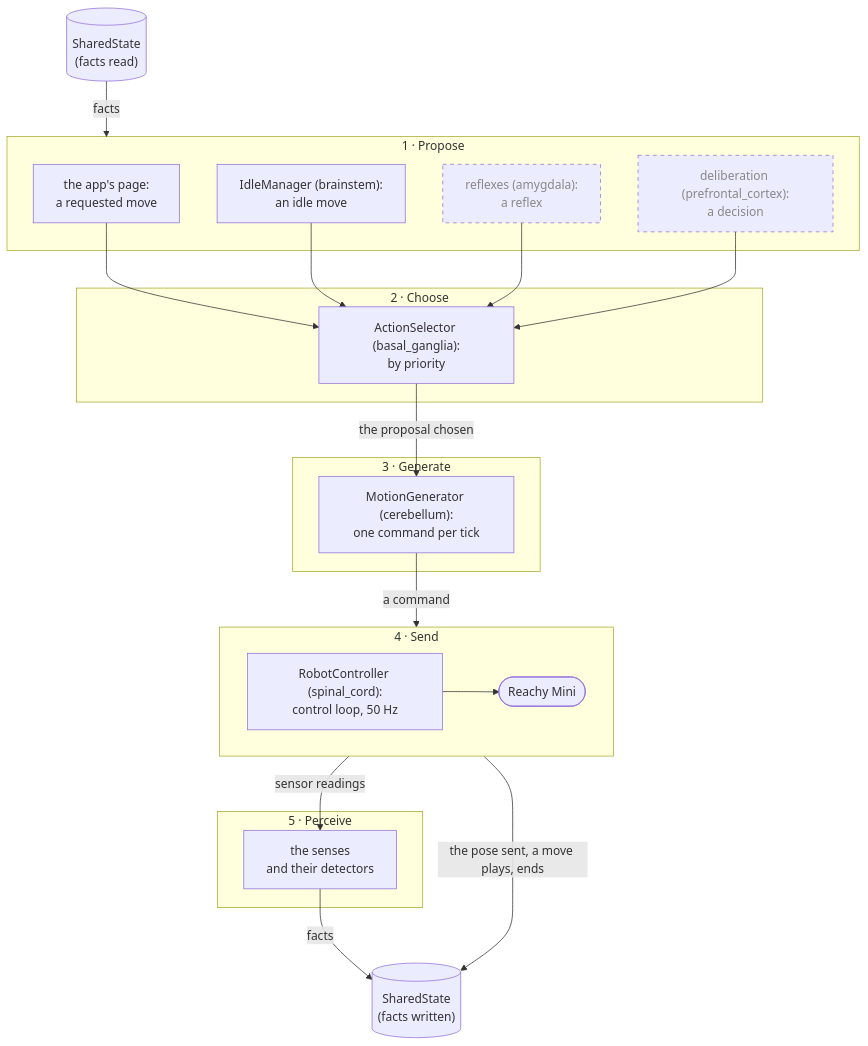
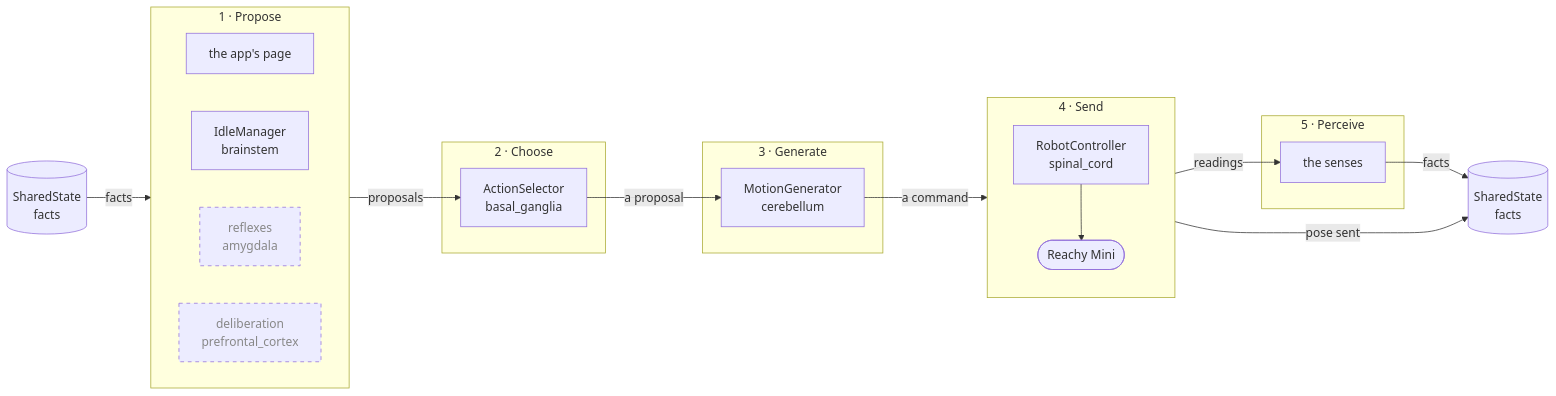
The diagram in ARCHITECTURE.md (HTurlet15/reachy_alive), drawn with Mermaid before and after one commit. The commit also changed other lines of this file, not shown here.

Commit message:
docs: a compact left-to-right map

````diff
--- a/ARCHITECTURE.md
+++ b/ARCHITECTURE.md
@@ -44,34 +44,35 @@
 ```mermaid
-flowchart TB
-    stateRead[("SharedState<br/>(facts read)")]
+flowchart LR
+    stateRead[("SharedState<br/>facts")]
     subgraph decide["1 · Propose"]
-        page["the app's page:<br/>a requested move"]
-        idle["IdleManager (brainstem):<br/>an idle move"]
-        reflexes["reflexes (amygdala):<br/>a reflex"]:::later
-        cortex["deliberation (prefrontal_cortex):<br/>a decision"]:::later
+        direction LR
+        page["the app's page"]
+        idle["IdleManager<br/>brainstem"]
+        reflexes["reflexes<br/>amygdala"]:::later
+        cortex["deliberation<br/>prefrontal_cortex"]:::later
     end
     subgraph choose["2 · Choose"]
-        selector["ActionSelector (basal_ganglia):<br/>by priority"]
+        selector["ActionSelector<br/>basal_ganglia"]
     end
     subgraph generate["3 · Generate"]
-        generator["MotionGenerator (cerebellum):<br/>one command per tick"]
+        generator["MotionGenerator<br/>cerebellum"]
     end
     subgraph send["4 · Send"]
-        direction LR
-        controller["RobotController (spinal_cord):<br/>control loop, 50 Hz"] --> robot(["Reachy Mini"])
+        direction TB
+        controller["RobotController<br/>spinal_cord"] --> robot(["Reachy Mini"])
     end
     subgraph perceive["5 · Perceive"]
-        senses["the senses<br/>and their detectors"]
+        senses["the senses"]
     end
-    state[("SharedState<br/>(facts written)")]
+    state[("SharedState<br/>facts")]
 
     stateRead -->|facts| decide
-    page & idle & reflexes & cortex --> selector
-    selector -->|the proposal chosen| generator
+    decide -->|proposals| selector
+    selector -->|a proposal| generator
     generator -->|a command| controller
-    robot -->|sensor readings| senses
-    controller -->|the pose sent, a move plays, ends| state
+    robot -->|readings| senses
     senses -->|facts| state
+    controller -->|pose sent| state
 
     classDef later stroke-dasharray: 5 5,color:#888
 ```
````
